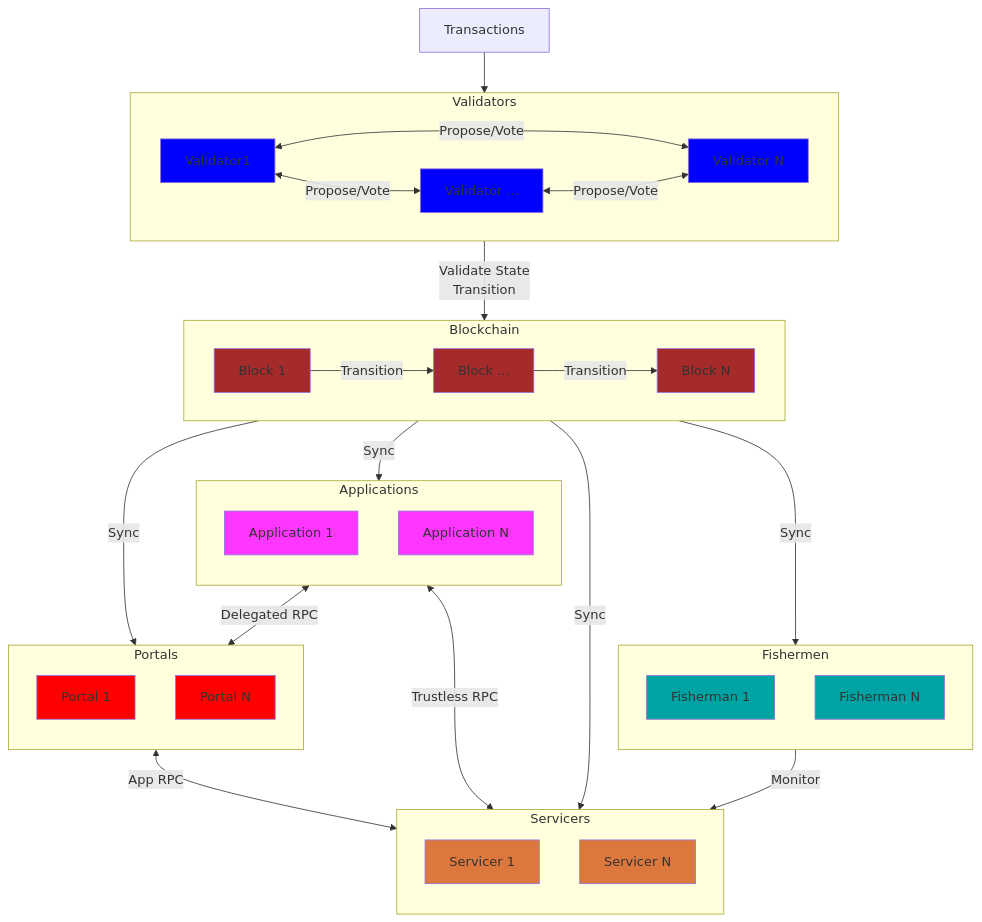
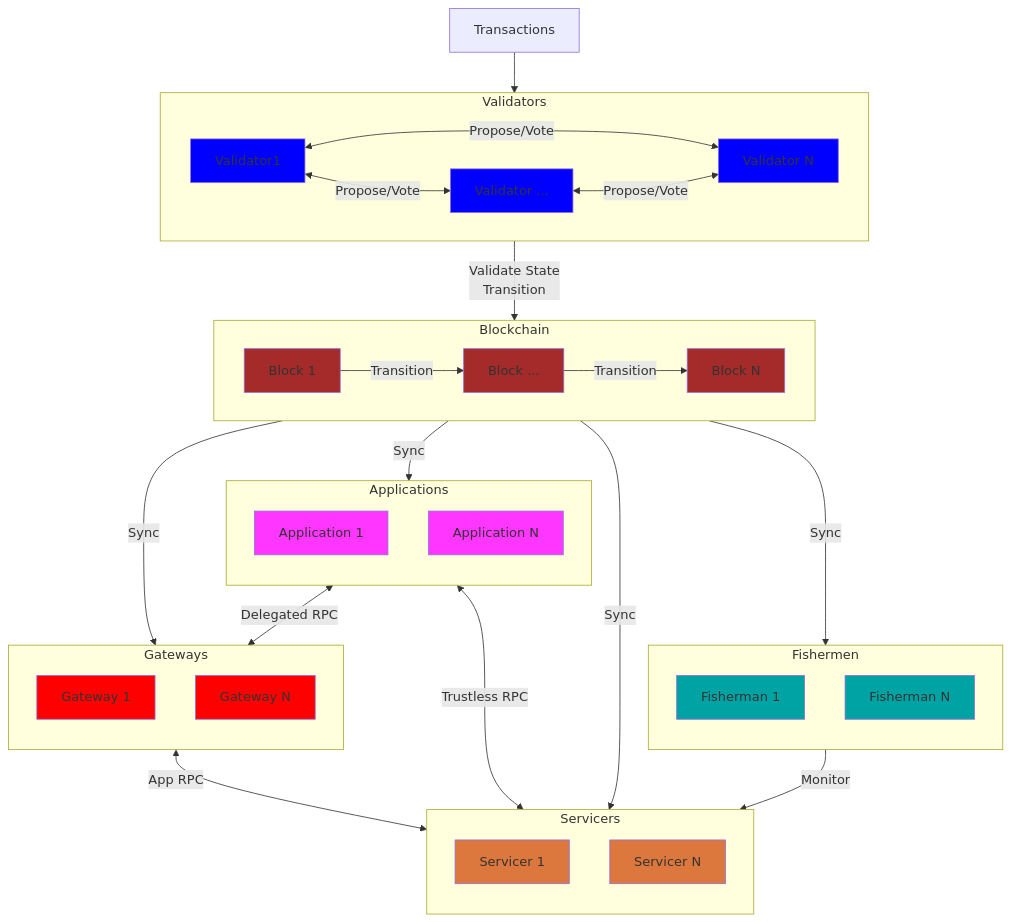
Before and after one commit to pokt-network/pocket-network-protocol: the first of 16 diagrams in utility/README.md, drawn with Mermaid. The commit also changed other lines of this file and 1 other file, not shown here.

First line of the commit message:
Rename `Portal` to `Gateway` (#47)

````diff
--- a/utility/README.md
+++ b/utility/README.md
@@ -132,74 +132,74 @@
 ```mermaid
 flowchart TD
     subgraph Validators
         direction LR
         V1[Validator1]
         V[Validator ...]
         VN[Validator N]
     end
     V1 <--Propose/Vote--> V
     V1 <--Propose/Vote--> VN
     V <--Propose/Vote--> VN
 
     subgraph Blockchain
         direction LR
         B1[Block 1]
         B[Block ...]
         BN[Block N]
     end
     B1 --Transition--> B
     B --Transition--> BN
 
     subgraph Servicers
         direction TB
         S1[Servicer 1]
         SN[Servicer N]
     end
 
     subgraph Applications
         direction TB
         A1[Application 1]
         AN[Application N]
     end
 
-    subgraph Portals
+    subgraph Gateways
         direction TB
-        P1[Portal 1]
-        PN[Portal N]
+        P1[Gateway 1]
+        PN[Gateway N]
     end
 
     subgraph Fishermen
         direction TB
         F1[Fisherman 1]
         FN[Fisherman N]
     end
 
     Transactions --> Validators
 
     Validators --Validate State<br>Transition--> Blockchain
 
-    Applications <--Delegated RPC--> Portals
-    Portals <--App RPC--> Servicers
+    Applications <--Delegated RPC--> Gateways
+    Gateways <--App RPC--> Servicers
     Applications <--Trustless RPC--> Servicers
 
-    Blockchain --Sync--> Portals
+    Blockchain --Sync--> Gateways
     Blockchain --Sync--> Applications
     Blockchain --Sync--> Servicers
     Blockchain --Sync--> Fishermen
 
     Fishermen --Monitor--> Servicers
 
     classDef blue fill:#0000FF
     classDef brown fill:#A52A2A
     classDef red fill:#FF0000
     classDef yellow fill:#DC783D
     classDef acqua fill:#00A3A3
     classDef purple fill:#FF36FF
 
     class V1,V,VN blue
     class B1,B,BN brown
     class S1,SN yellow
     class P1,PN red
     class F1,FN acqua
     class A1,AN purple
 ```
````
